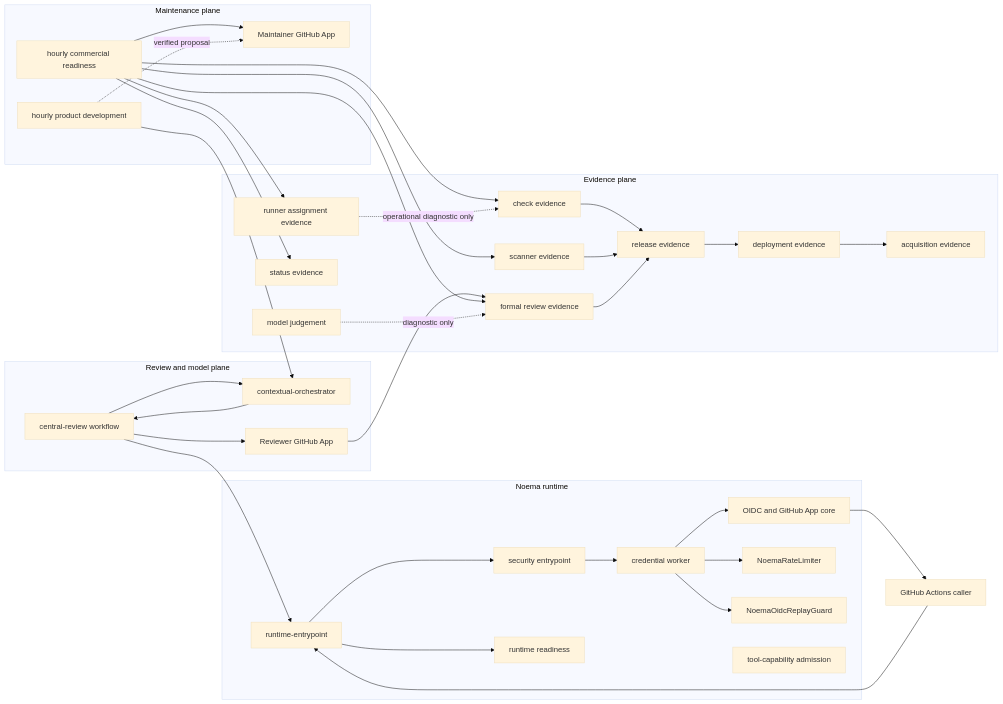
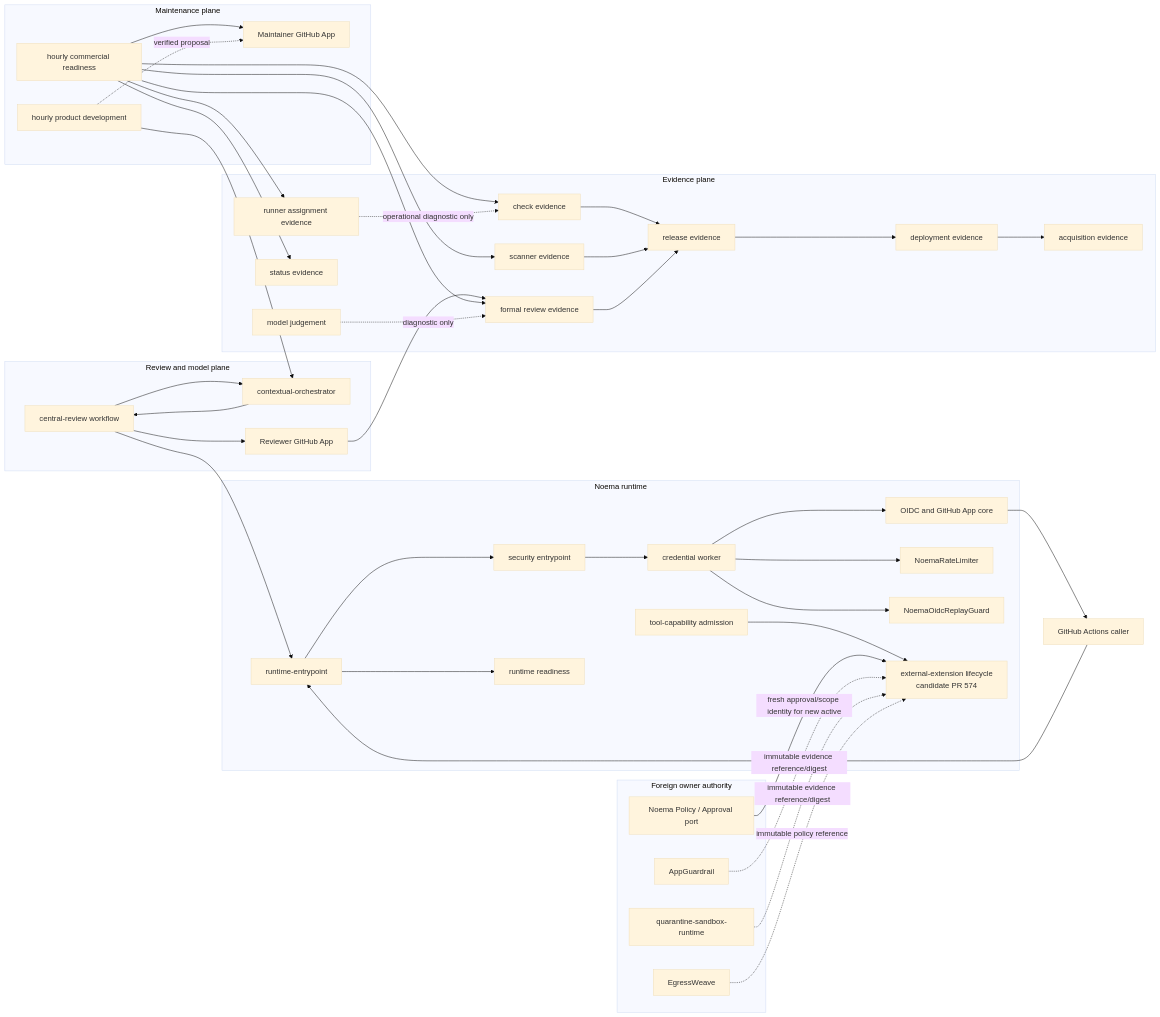
One commit to ContextualWisdomLab/noema changed the first of 12 diagrams in docs/UML.md. Above: the diagram before and after it, drawn with Mermaid (base theme). The commit also changed other lines of this file, not shown here.

Commit message:
docs(uml): model lifecycle append and recovery flows

````diff
--- a/docs/UML.md
+++ b/docs/UML.md
@@ -7,65 +7,79 @@
 ```mermaid
 flowchart LR
   subgraph Runtime[Noema runtime]
     RE[runtime-entrypoint]
     EE[security entrypoint]
     WK[credential worker]
     CORE[OIDC and GitHub App core]
     READY[runtime readiness]
     RATE[NoemaRateLimiter]
     REPLAY[NoemaOidcReplayGuard]
     TOOL[tool-capability admission]
+    LIFE[external-extension lifecycle\ncandidate PR 574]
   end
 
   subgraph ReviewPlane[Review and model plane]
     CENTRAL[central-review workflow]
     ORCH[contextual-orchestrator]
     REVIEWER[Reviewer GitHub App]
   end
 
   subgraph MaintenancePlane[Maintenance plane]
     COMM[hourly commercial readiness]
     DEV[hourly product development]
     MAINT[Maintainer GitHub App]
   end
 
   subgraph EvidencePlane[Evidence plane]
     CHECKS[check evidence]
     RUNNER[runner assignment evidence]
     STATUS[status evidence]
     REVIEWS[formal review evidence]
     SCANS[scanner evidence]
     MODEL[model judgement]
     RELEASE[release evidence]
     DEPLOY[deployment evidence]
     ACQ[acquisition evidence]
   end
 
+  subgraph ForeignAuthority[Foreign owner authority]
+    POLICY[Noema Policy / Approval port]
+    APP[AppGuardrail]
+    QUAR[quarantine-sandbox-runtime]
+    EGRESS[EgressWeave]
+  end
+
   CALLER[GitHub Actions caller] --> RE
   RE --> READY
   RE --> EE --> WK --> CORE
   WK --> RATE
   WK --> REPLAY
   CORE --> CALLER
+
+  TOOL --> LIFE
+  POLICY -->|fresh approval/scope identity for new active| LIFE
+  APP -. immutable evidence reference/digest .-> LIFE
+  QUAR -. immutable evidence reference/digest .-> LIFE
+  EGRESS -. immutable policy reference .-> LIFE
 
   CENTRAL --> RE
   CENTRAL --> ORCH --> CENTRAL
   CENTRAL --> REVIEWER
   REVIEWER --> REVIEWS
 
   COMM --> CHECKS
   COMM --> RUNNER
   COMM --> STATUS
   COMM --> REVIEWS
   COMM --> SCANS
   COMM --> MAINT
   DEV --> ORCH
   DEV -. verified proposal .-> MAINT
 
   RUNNER -. operational diagnostic only .-> CHECKS
   CHECKS --> RELEASE
   SCANS --> RELEASE
   REVIEWS --> RELEASE
   RELEASE --> DEPLOY --> ACQ
   MODEL -. diagnostic only .-> REVIEWS
 ```
````
